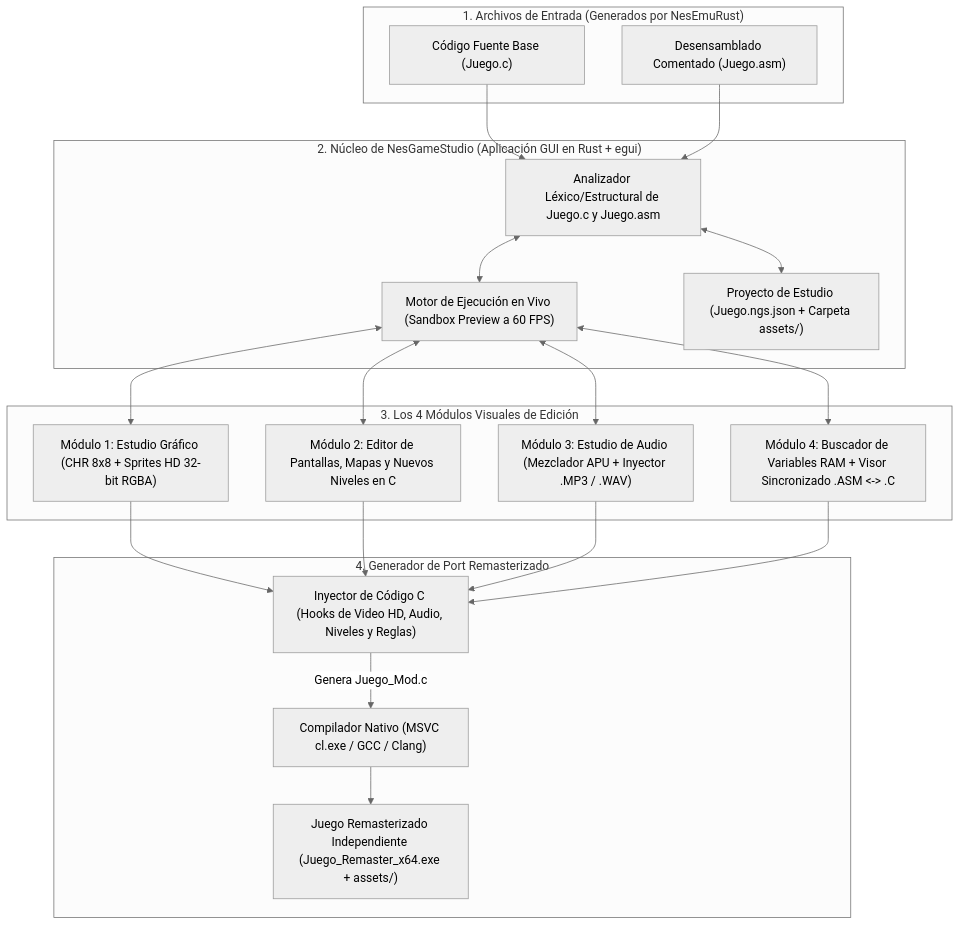
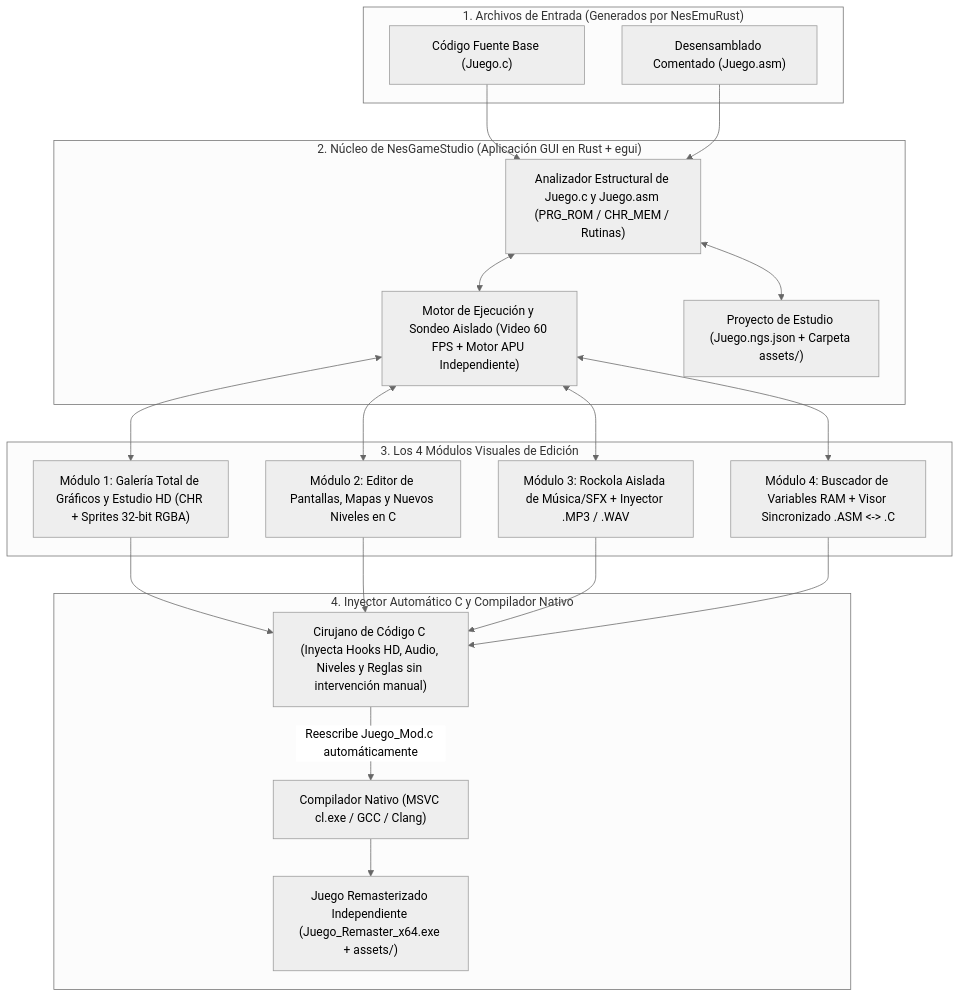
One commit to iztaneo/NesGameStudio changed the first of 3 diagrams in PLAN_IMPLEMENTACION.md. Above: the diagram before and after it, drawn with Mermaid (neutral theme). The commit also changed other lines of this file and 1 other file, not shown here.

Commit message:
docs: Include full graphic gallery, standalone music jukebox, and automatic C injection in plan

````diff
--- a/PLAN_IMPLEMENTACION.md
+++ b/PLAN_IMPLEMENTACION.md
@@ -17,44 +16,44 @@
 ```mermaid
 flowchart TD
     subgraph Entrada["1. Archivos de Entrada (Generados por NesEmuRust)"]
         CSRC["Código Fuente Base (Juego.c)"]
         ASMSRC["Desensamblado Comentado (Juego.asm)"]
     end
 
     subgraph NucleoStudio["2. Núcleo de NesGameStudio (Aplicación GUI en Rust + egui)"]
-        PARSER["Analizador Léxico/Estructural de Juego.c y Juego.asm"]
-        PREVIEW["Motor de Ejecución en Vivo (Sandbox Preview a 60 FPS)"]
+        PARSER["Analizador Estructural de Juego.c y Juego.asm (PRG_ROM / CHR_MEM / Rutinas)"]
+        PREVIEW["Motor de Ejecución y Sondeo Aislado (Video 60 FPS + Motor APU Independiente)"]
         PROJ["Proyecto de Estudio (Juego.ngs.json + Carpeta assets/)"]
     end
 
     subgraph Modulos["3. Los 4 Módulos Visuales de Edición"]
-        M_GFX["Módulo 1: Estudio Gráfico (CHR 8x8 + Sprites HD 32-bit RGBA)"]
+        M_GFX["Módulo 1: Galería Total de Gráficos y Estudio HD (CHR + Sprites 32-bit RGBA)"]
         M_LVL["Módulo 2: Editor de Pantallas, Mapas y Nuevos Niveles en C"]
-        M_AUD["Módulo 3: Estudio de Audio (Mezclador APU + Inyector .MP3 / .WAV)"]
+        M_AUD["Módulo 3: Rockola Aislada de Música/SFX + Inyector .MP3 / .WAV"]
         M_RAM["Módulo 4: Buscador de Variables RAM + Visor Sincronizado .ASM <-> .C"]
     end
 
-    subgraph Salida["4. Generador de Port Remasterizado"]
-        INJECT["Inyector de Código C (Hooks de Video HD, Audio, Niveles y Reglas)"]
+    subgraph Salida["4. Inyector Automático C y Compilador Nativo"]
+        INJECT["Cirujano de Código C (Inyecta Hooks HD, Audio, Niveles y Reglas sin intervención manual)"]
         COMPILER["Compilador Nativo (MSVC cl.exe / GCC / Clang)"]
         FINAL_EXE["Juego Remasterizado Independiente (Juego_Remaster_x64.exe + assets/)"]
     end
 
     CSRC --> PARSER
     ASMSRC --> PARSER
     PARSER <--> PREVIEW
     PARSER <--> PROJ
 
     PREVIEW <--> M_GFX
     PREVIEW <--> M_LVL
     PREVIEW <--> M_AUD
     PREVIEW <--> M_RAM
 
     M_GFX --> INJECT
     M_LVL --> INJECT
     M_AUD --> INJECT
     M_RAM --> INJECT
 
-    INJECT -->|"Genera Juego_Mod.c"| COMPILER
+    INJECT -->|"Reescribe Juego_Mod.c automáticamente"| COMPILER
     COMPILER --> FINAL_EXE
 ```
````
